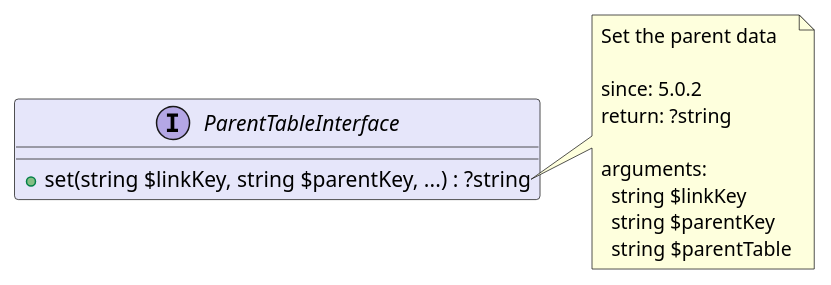
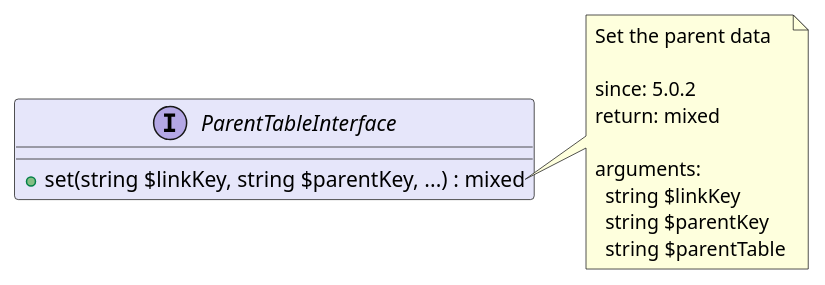
Before and after one commit to joomengine/super-powers: the diagram in src/d0d26434-5917-4564-a366-19fabb30557f/README.md, drawn with PlantUML. The commit also changed 36 other files, not shown here.

````diff
--- a/src/d0d26434-5917-4564-a366-19fabb30557f/README.md
+++ b/src/d0d26434-5917-4564-a366-19fabb30557f/README.md
@@ -5,21 +5,21 @@
 ```uml
 @startuml
 
 interface ParentTableInterface  #Lavender {
-  + set(string $linkKey, string $parentKey, ...) : ?string
+  + set(string $linkKey, string $parentKey, ...) : mixed
 }
 
 note right of ParentTableInterface::set
   Set the parent data
 
   since: 5.0.2
-  return: ?string
+  return: mixed
   
   arguments:
     string $linkKey
     string $parentKey
     string $parentTable
 end note
 
 @enduml
 ```
````
